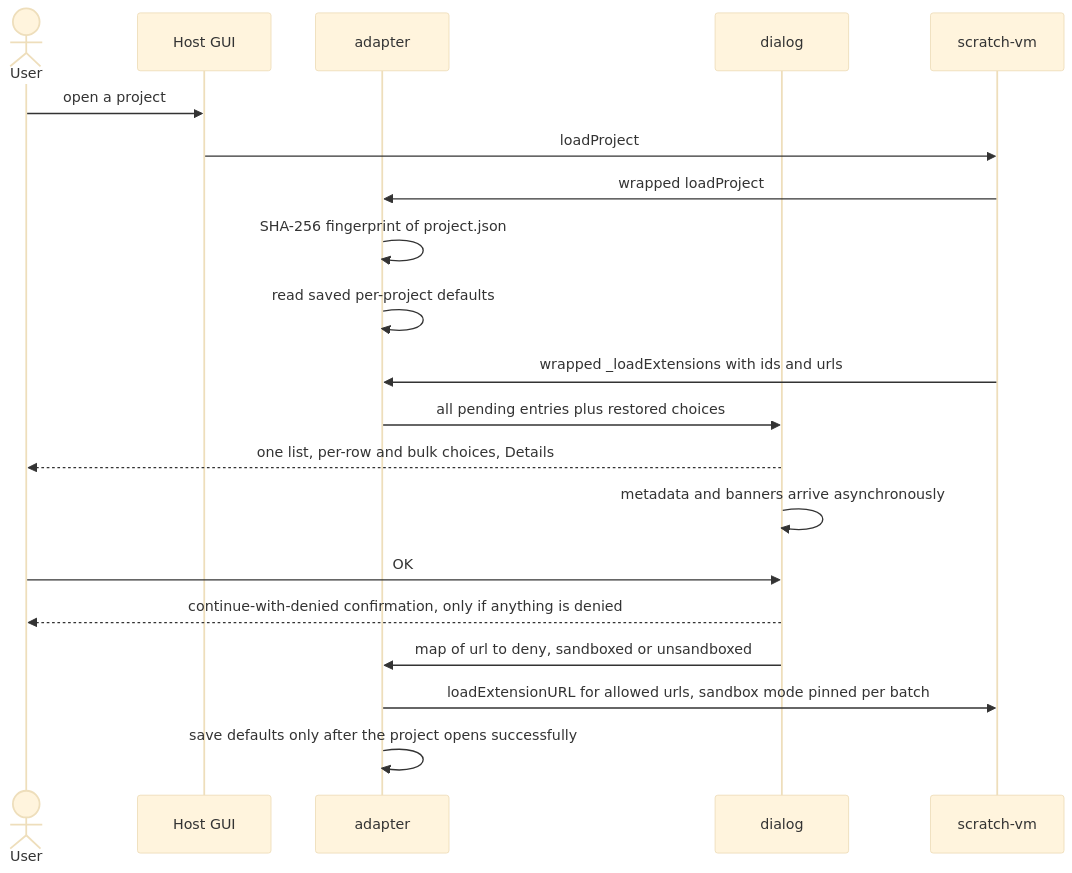
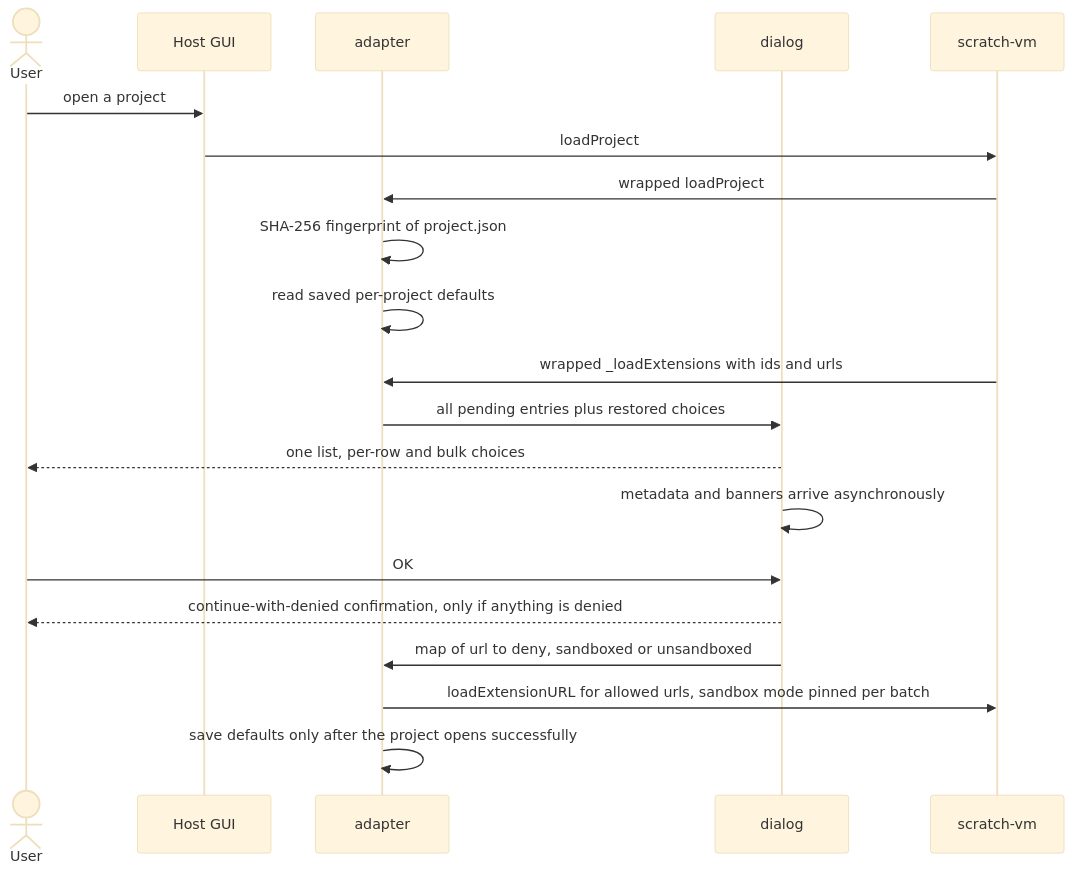
One commit to kubohiroya/turbowarp-extension-security-dialog changed the second of 2 diagrams in README.md. Above: the diagram before and after it, drawn with Mermaid (base theme). The commit also changed other lines of this file and 12 other files, not shown here.

````diff
--- a/README.md
+++ b/README.md
@@ -127,23 +111,23 @@
 ```mermaid
 sequenceDiagram
     actor U as User
     participant G as Host GUI
     participant A as adapter
     participant D as dialog
     participant V as scratch-vm
 
     U->>G: open a project
     G->>V: loadProject
     V->>A: wrapped loadProject
     A->>A: SHA-256 fingerprint of project.json
     A->>A: read saved per-project defaults
     V->>A: wrapped _loadExtensions with ids and urls
     A->>D: all pending entries plus restored choices
-    D-->>U: one list, per-row and bulk choices, Details
+    D-->>U: one list, per-row and bulk choices
     D->>D: metadata and banners arrive asynchronously
     U->>D: OK
     D-->>U: continue-with-denied confirmation, only if anything is denied
     D->>A: map of url to deny, sandboxed or unsandboxed
     A->>V: loadExtensionURL for allowed urls, sandbox mode pinned per batch
     A->>A: save defaults only after the project opens successfully
 ```
````
